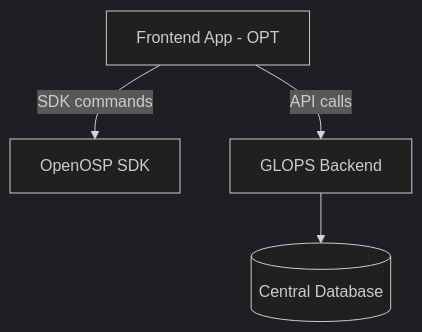
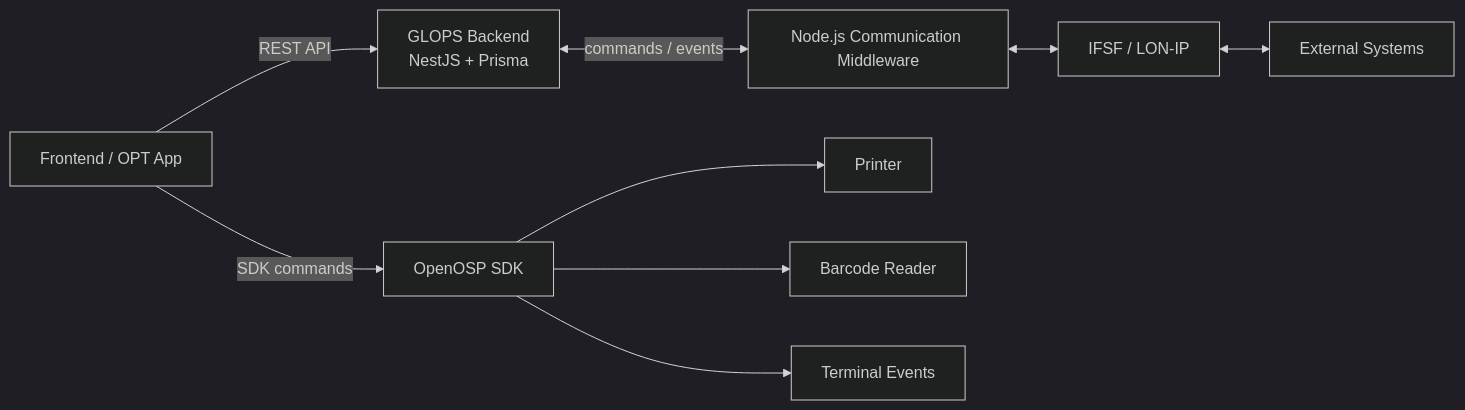
One commit to mamzpy/glops-backend changed the fifth of 5 diagrams in docs/architecture/data-ownership-and-system-flows.it.md. Above: the diagram before and after it, drawn with Mermaid (dark theme). The commit also changed other lines of this file, not shown here.

Commit message:
docs: update data ownership doc - merge integration boundaries, label middleware arrows

````diff
--- a/docs/architecture/data-ownership-and-system-flows.it.md
+++ b/docs/architecture/data-ownership-and-system-flows.it.md
@@ -201,6 +299,19 @@
 ```mermaid
-flowchart TD
-    A[Frontend App - OPT] -->|SDK commands| B[OpenOSP SDK]
-    A -->|API calls| C[GLOPS Backend]
-    C --> D[(Central Database)]
+flowchart LR
+    A[Frontend / OPT App]
+    B[OpenOSP SDK]
+    C[GLOPS Backend\nNestJS + Prisma]
+    D[Node.js Communication Middleware]
+    E[IFSF / LON-IP]
+    F[External Systems]
+
+    A -->|SDK commands| B
+    B --> B1[Printer]
+    B --> B2[Barcode Reader]
+    B --> B3[Terminal Events]
+
+    A -->|REST API| C
+    C <-->|commands / events| D
+    D <--> E
+    E <--> F
 ```
````
